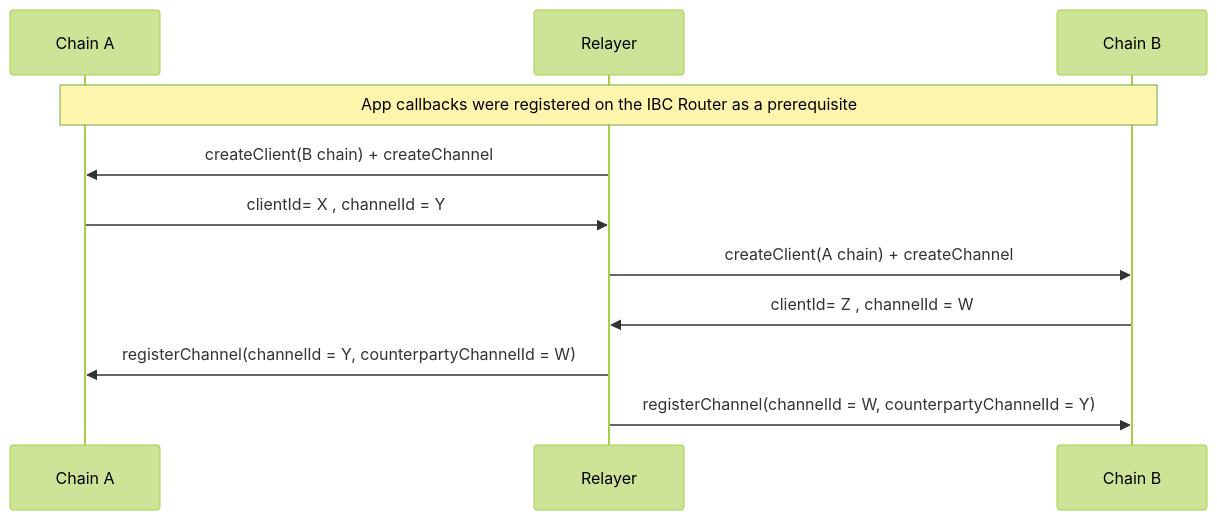
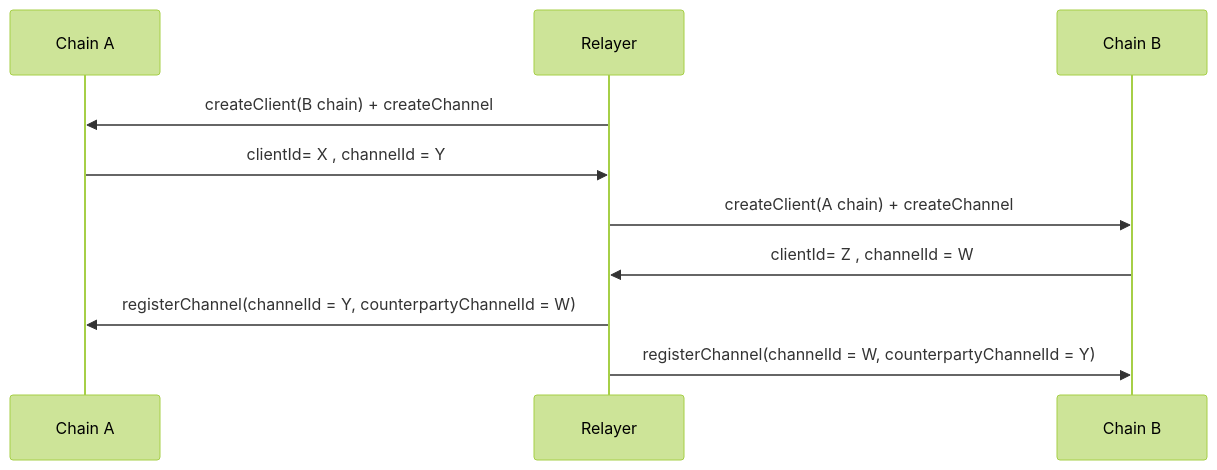
Before and after one commit to cosmos/ibc: the first of 4 diagrams in spec/core/v2/ics-004-packet-semantics/README.md, drawn with Mermaid (forest theme). The commit also changed other lines of this file, not shown here.

````diff
--- a/spec/core/v2/ics-004-packet-semantics/README.md
+++ b/spec/core/v2/ics-004-packet-semantics/README.md
@@ -239,13 +238,12 @@
 ```mermaid
 sequenceDiagram  
     Participant Chain A
     Participant Relayer 
     Participant Chain B
-    Note over Chain A, Chain B: App callbacks were registered on the IBC Router as a prerequisite
     Relayer ->> Chain A : createClient(B chain) + createChannel
     Chain A ->> Relayer : clientId= X , channelId = Y
     Relayer ->> Chain B : createClient(A chain) + createChannel
     Chain B ->> Relayer : clientId= Z , channelId = W
     Relayer ->> Chain A : registerChannel(channelId = Y, counterpartyChannelId = W)
     Relayer ->> Chain B : registerChannel(channelId = W, counterpartyChannelId = Y) 
 ```
````
